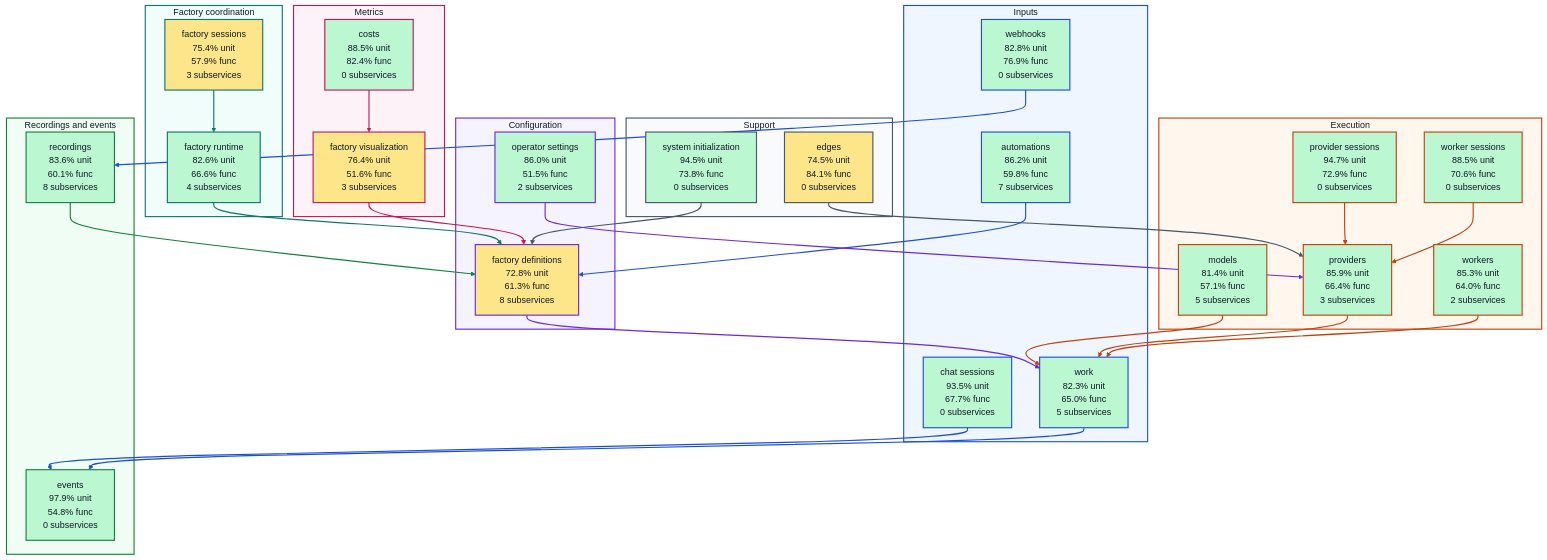
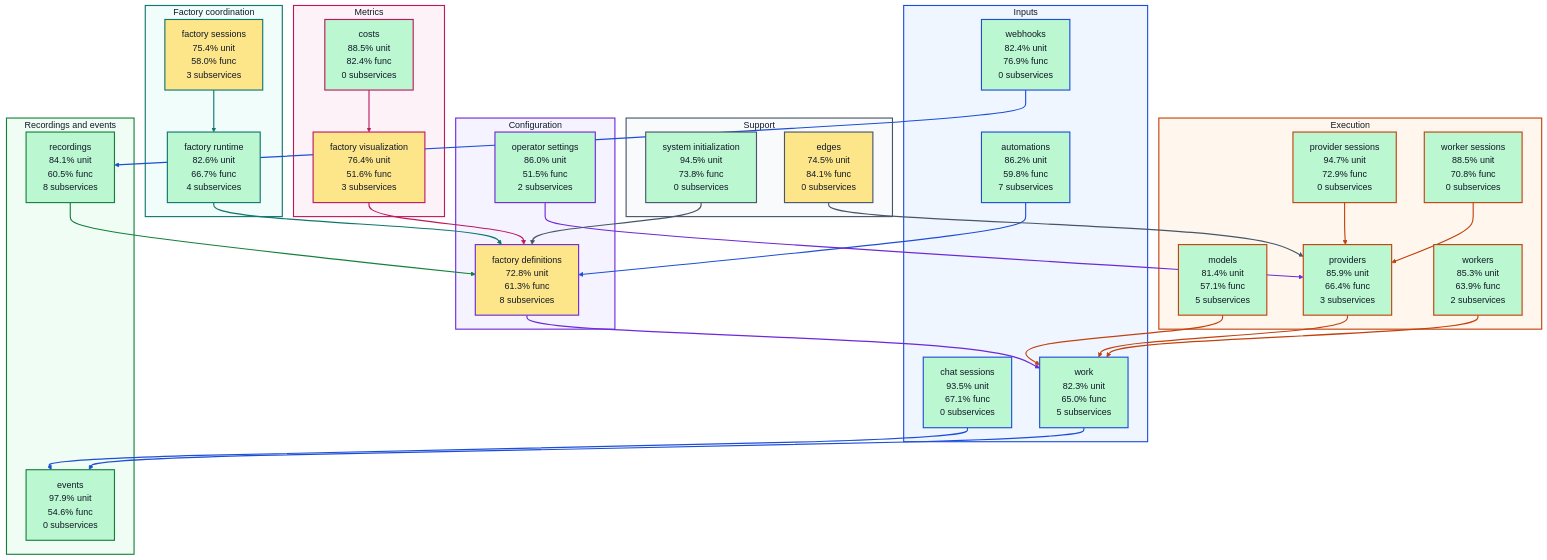
Before and after one commit to portpowered/you-agent-factory: the diagram in docs/architecture/visualizations/high-level-test-coverage.md, drawn with Mermaid (base theme). The commit also changed other lines of this file and 20 other files, not shown here.

Commit message:
docs: refresh backend architecture visualizations

```diff
--- a/docs/architecture/visualizations/high-level-test-coverage.md
+++ b/docs/architecture/visualizations/high-level-test-coverage.md
@@ -12,8 +12,8 @@
 flowchart TB
   subgraph input["Inputs"]
     s_services_automations["automations<br/>86.2% unit<br/>59.8% func<br/>7 subservices"]
-    s_services_chat_sessions["chat sessions<br/>93.5% unit<br/>67.7% func<br/>0 subservices"]
-    s_services_webhooks["webhooks<br/>82.8% unit<br/>76.9% func<br/>0 subservices"]
+    s_services_chat_sessions["chat sessions<br/>93.5% unit<br/>67.1% func<br/>0 subservices"]
+    s_services_webhooks["webhooks<br/>82.4% unit<br/>76.9% func<br/>0 subservices"]
     s_services_work["work<br/>82.3% unit<br/>65.0% func<br/>5 subservices"]
   end
   subgraph configuration["Configuration"]
@@ -21,19 +21,19 @@
     s_services_operator_settings["operator settings<br/>86.0% unit<br/>51.5% func<br/>2 subservices"]
   end
   subgraph coordination["Factory coordination"]
-    s_services_factory_runtime["factory runtime<br/>82.6% unit<br/>66.6% func<br/>4 subservices"]
-    s_services_factory_sessions["factory sessions<br/>75.4% unit<br/>57.9% func<br/>3 subservices"]
+    s_services_factory_runtime["factory runtime<br/>82.6% unit<br/>66.7% func<br/>4 subservices"]
+    s_services_factory_sessions["factory sessions<br/>75.4% unit<br/>58.0% func<br/>3 subservices"]
   end
   subgraph execution["Execution"]
     s_services_models["models<br/>81.4% unit<br/>57.1% func<br/>5 subservices"]
     s_services_provider_sessions["provider sessions<br/>94.7% unit<br/>72.9% func<br/>0 subservices"]
     s_services_providers["providers<br/>85.9% unit<br/>66.4% func<br/>3 subservices"]
-    s_services_worker_sessions["worker sessions<br/>88.5% unit<br/>70.6% func<br/>0 subservices"]
-    s_services_workers["workers<br/>85.3% unit<br/>64.0% func<br/>2 subservices"]
+    s_services_worker_sessions["worker sessions<br/>88.5% unit<br/>70.8% func<br/>0 subservices"]
+    s_services_workers["workers<br/>85.3% unit<br/>63.9% func<br/>2 subservices"]
   end
   subgraph recordings["Recordings and events"]
-    s_services_events["events<br/>97.9% unit<br/>54.8% func<br/>0 subservices"]
-    s_services_recordings["recordings<br/>83.6% unit<br/>60.1% func<br/>8 subservices"]
+    s_services_events["events<br/>97.9% unit<br/>54.6% func<br/>0 subservices"]
+    s_services_recordings["recordings<br/>84.1% unit<br/>60.5% func<br/>8 subservices"]
   end
   subgraph metrics["Metrics"]
     s_services_costs["costs<br/>88.5% unit<br/>82.4% func<br/>0 subservices"]
```
